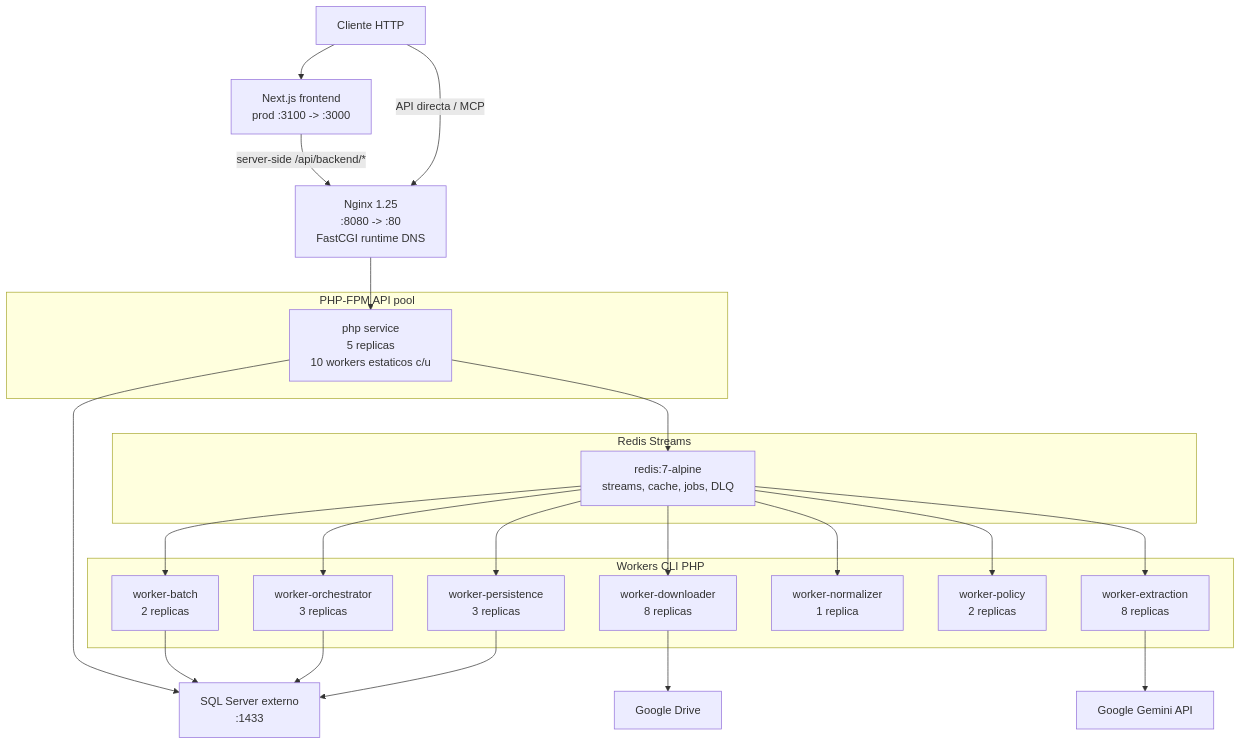
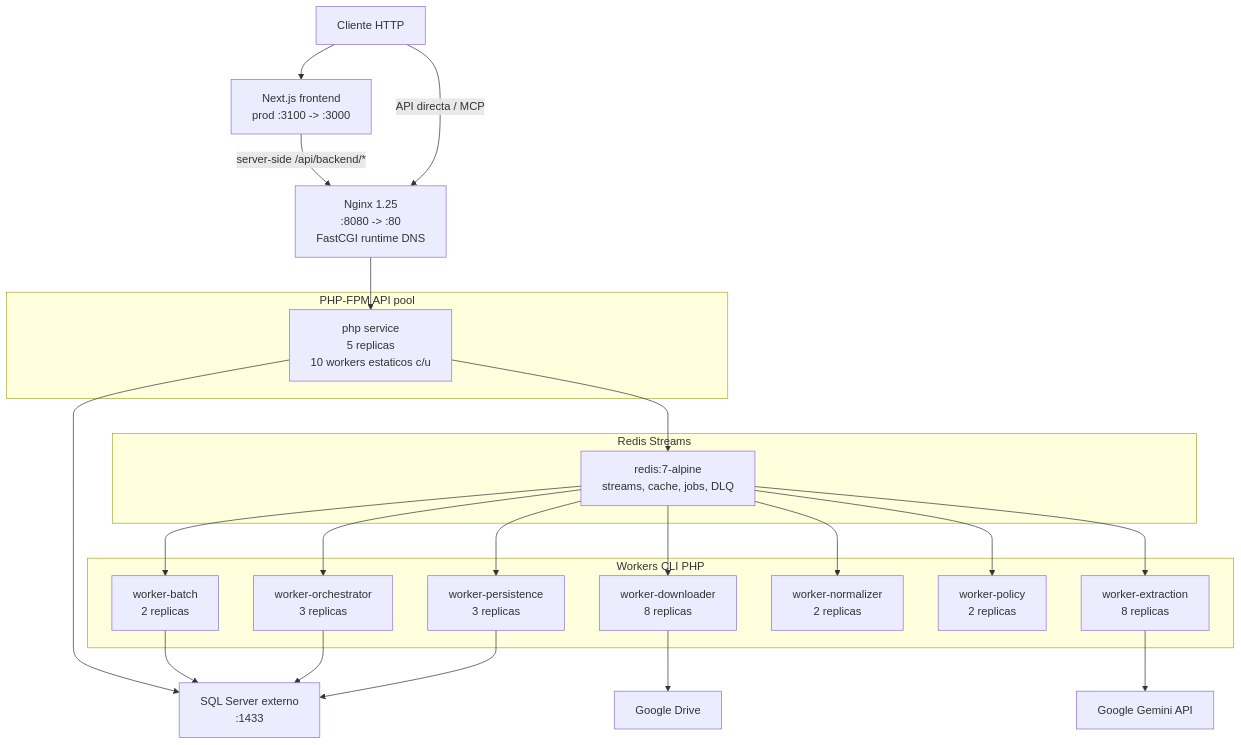
The diagram in plans/high-availability.md (jfrem/AudFact), drawn with Mermaid before and after one commit. The commit also changed other lines of this file and 19 other files, not shown here.

````diff
--- a/plans/high-availability.md
+++ b/plans/high-availability.md
@@ -11,47 +11,47 @@
 ```mermaid
 graph TB
     Client["Cliente HTTP"]
     Front["Next.js frontend<br/>prod :3100 -> :3000"]
     Nginx["Nginx 1.25<br/>:8080 -> :80<br/>FastCGI runtime DNS"]
 
     subgraph PHPPool["PHP-FPM API pool"]
         PHP["php service<br/>5 replicas<br/>10 workers estaticos c/u"]
     end
 
     subgraph RedisLayer["Redis Streams"]
         Redis["redis:7-alpine<br/>streams, cache, jobs, DLQ"]
     end
 
     subgraph Workers["Workers CLI PHP"]
         Batch["worker-batch<br/>2 replicas"]
         Orchestrator["worker-orchestrator<br/>3 replicas"]
         Downloader["worker-downloader<br/>8 replicas"]
         Extraction["worker-extraction<br/>8 replicas"]
-        Normalizer["worker-normalizer<br/>1 replica"]
+        Normalizer["worker-normalizer<br/>2 replicas"]
         Policy["worker-policy<br/>2 replicas"]
         Persistence["worker-persistence<br/>3 replicas"]
     end
 
     SQLSRV["SQL Server externo<br/>:1433"]
     Gemini["Google Gemini API"]
     Drive["Google Drive"]
 
     Client --> Front
     Front -->|"server-side /api/backend/*"| Nginx
     Client -->|"API directa / MCP"| Nginx
     Nginx --> PHP
     PHP --> SQLSRV
     PHP --> Redis
     Redis --> Batch
     Redis --> Orchestrator
     Redis --> Downloader
     Redis --> Extraction
     Redis --> Normalizer
     Redis --> Policy
     Redis --> Persistence
     Batch --> SQLSRV
     Orchestrator --> SQLSRV
     Downloader --> Drive
     Extraction --> Gemini
     Persistence --> SQLSRV
 ```
````
